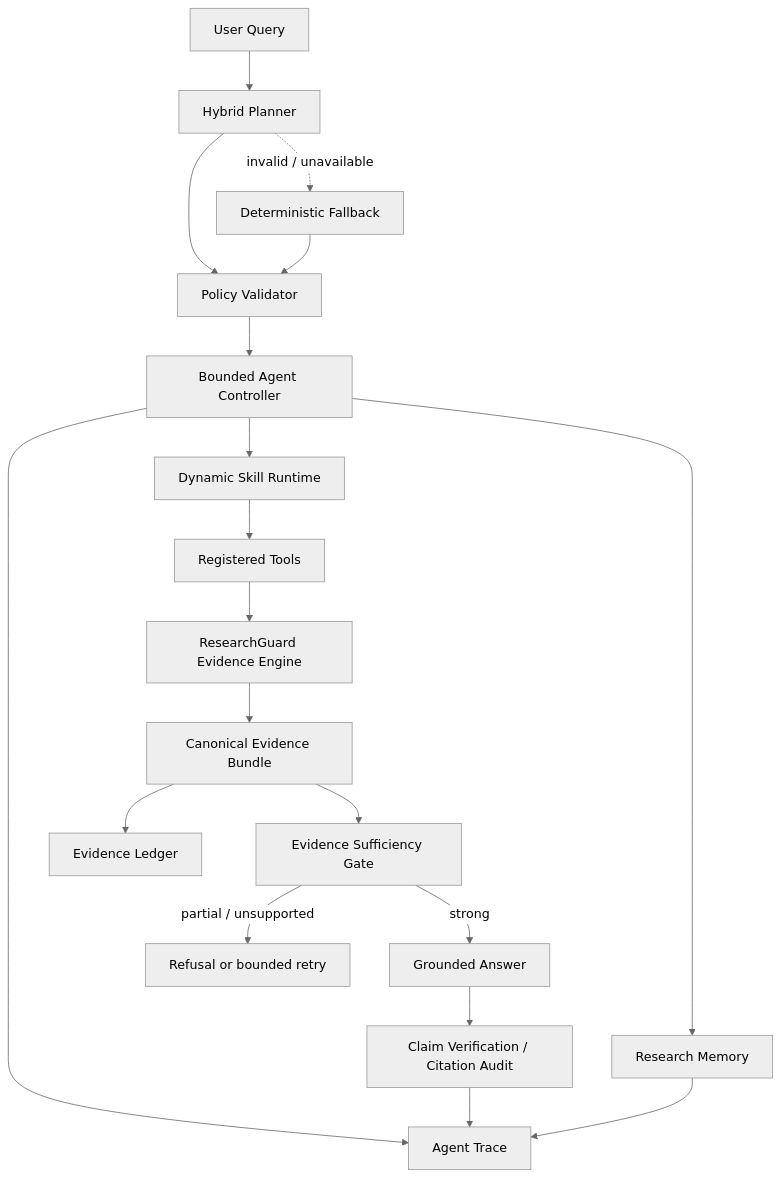
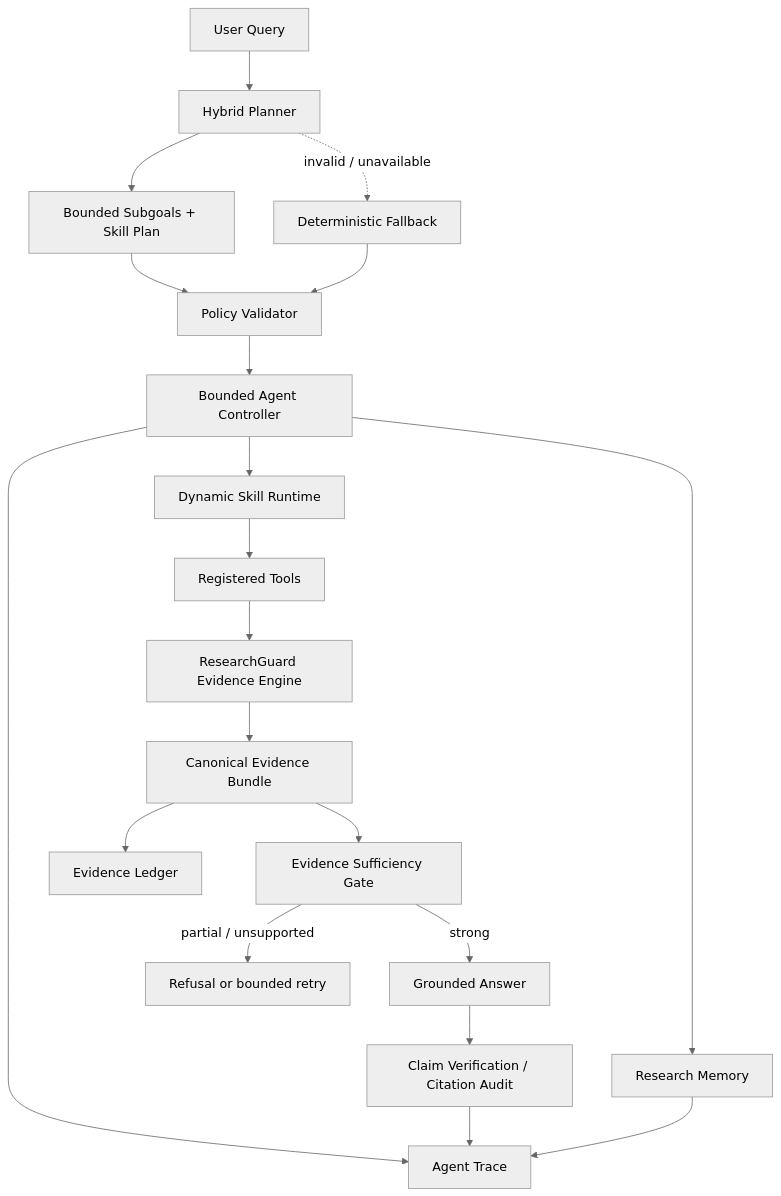
The diagram in README.md (Xzh1844963039/ResearchGuard-Agent), drawn with Mermaid (neutral theme) before and after one commit. The commit also changed other lines of this file and 13 other files, not shown here.

````diff
--- a/README.md
+++ b/README.md
@@ -13,21 +13,22 @@
 ```mermaid
 flowchart TD
     Q["User Query"] --> P["Hybrid Planner"]
-    P --> V["Policy Validator"]
+    P --> D["Bounded Subgoals + Skill Plan"]
+    D --> V["Policy Validator"]
     P -. "invalid / unavailable" .-> F["Deterministic Fallback"]
     F --> V
     V --> C["Bounded Agent Controller"]
     C --> S["Dynamic Skill Runtime"]
     S --> T["Registered Tools"]
     T --> E["ResearchGuard Evidence Engine"]
     E --> B["Canonical Evidence Bundle"]
     B --> G["Evidence Sufficiency Gate"]
     G -->|strong| A["Grounded Answer"]
     G -->|partial / unsupported| R["Refusal or bounded retry"]
     A --> U["Claim Verification / Citation Audit"]
     C --> M["Research Memory"]
     B --> L["Evidence Ledger"]
     C --> X["Agent Trace"]
     U --> X
     M --> X
 ```
````
